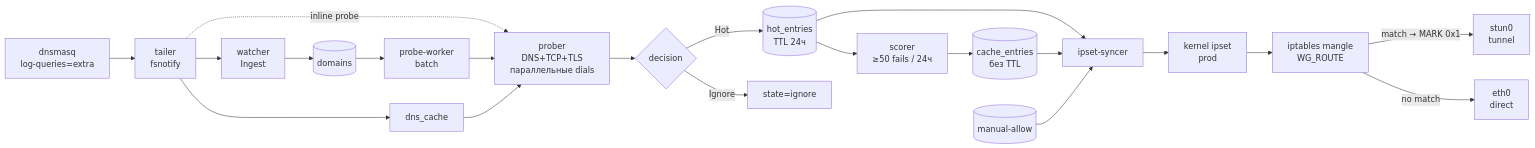
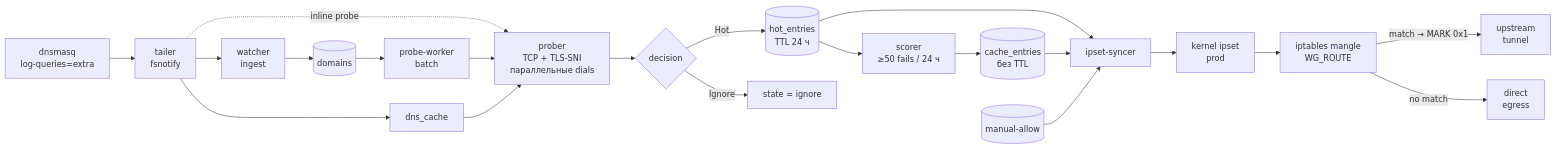
One commit to belotserkovtsev/Ladon changed the diagram in README.md. Above: the diagram before and after it, drawn with Mermaid. The commit also changed other lines of this file, not shown here.

````diff
--- a/README.md
+++ b/README.md
@@ -37,30 +82,30 @@
 ```mermaid
 flowchart LR
     dns[dnsmasq<br/>log-queries=extra] --> tail[tailer<br/>fsnotify]
 
-    tail --> watcher[watcher<br/>Ingest]
+    tail --> watcher[watcher<br/>ingest]
     tail --> cache[dns_cache]
     watcher --> domains[(domains)]
 
     tail -. inline probe .-> prober
     domains --> worker[probe-worker<br/>batch] --> prober
 
-    prober[prober<br/>DNS+TCP+TLS<br/>параллельные dials]
+    prober[prober<br/>TCP + TLS-SNI<br/>параллельные dials]
     cache --> prober
 
     prober --> decision{decision}
-    decision -->|Hot| hot[(hot_entries<br/>TTL 24ч)]
-    decision -->|Ignore| ign[state=ignore]
+    decision -->|Hot| hot[(hot_entries<br/>TTL 24 ч)]
+    decision -->|Ignore| ign[state = ignore]
 
-    hot --> scorer[scorer<br/>≥50 fails / 24ч]
+    hot --> scorer[scorer<br/>≥50 fails / 24 ч]
     scorer --> cache_entries[(cache_entries<br/>без TTL)]
 
     hot --> sync[ipset-syncer]
     cache_entries --> sync
     manual[(manual-allow)] --> sync
 
     sync --> kernel[kernel ipset<br/>prod]
     kernel --> iptables[iptables mangle<br/>WG_ROUTE]
-    iptables -->|match → MARK 0x1| tunnel[stun0<br/>tunnel]
-    iptables -->|no match| direct[eth0<br/>direct]
+    iptables -->|match → MARK 0x1| tunnel[upstream<br/>tunnel]
+    iptables -->|no match| direct[direct<br/>egress]
 ```
````
